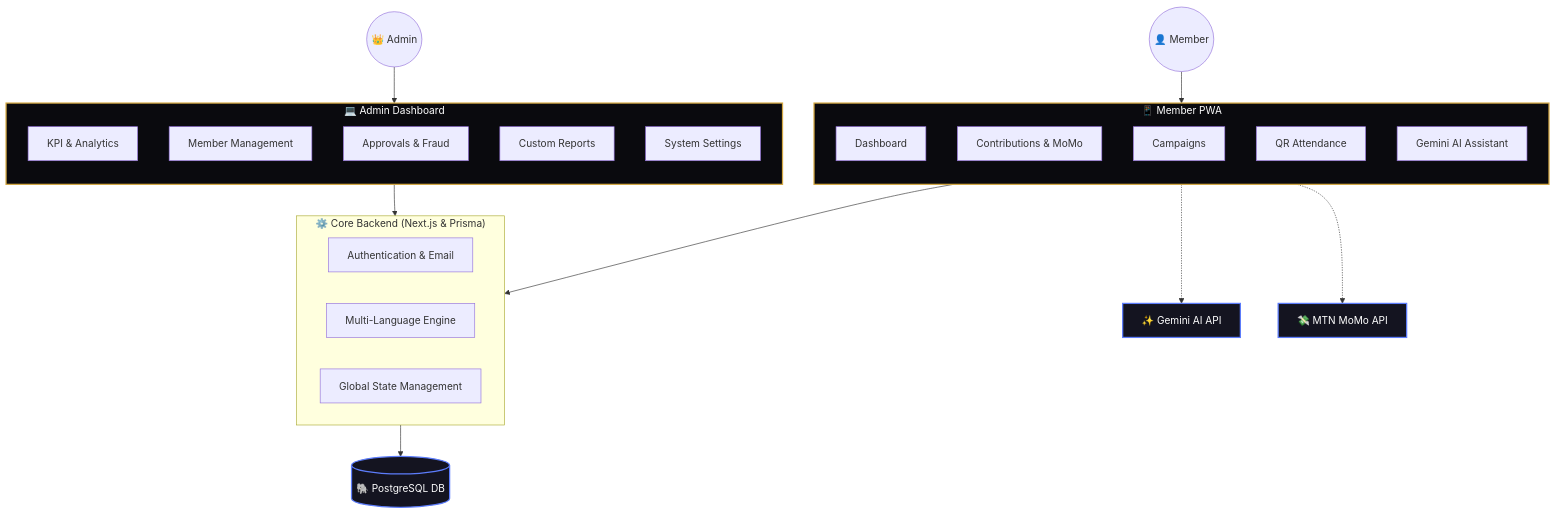
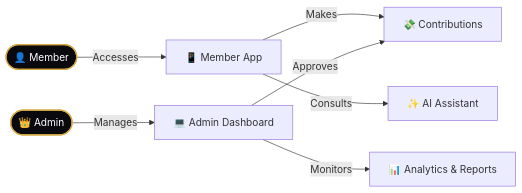
The diagram in README.md (iiradukunda-dev/shinecon), drawn with Mermaid before and after one commit.

Commit message:
docs: use a simple linear flow diagram instead of block architecture

````diff
--- a/README.md
+++ b/README.md
@@ -53,53 +53,16 @@
 ```mermaid
-flowchart TD
-    %% Users
-    Admin(("👑 Admin"))
-    Member(("👤 Member"))
+flowchart LR
+    %% User Journey
+    Member([👤 Member]) -->|Accesses| App[📱 Member App]
+    App -->|Makes| Contrib[💸 Contributions]
+    App -->|Consults| AI[✨ AI Assistant]
     
-    %% Platforms
-    subgraph PWA ["📱 Member PWA"]
-        direction TB
-        M_Dash["Dashboard"]
-        M_Cont["Contributions & MoMo"]
-        M_Camp["Campaigns"]
-        M_Att["QR Attendance"]
-        M_AI["Gemini AI Assistant"]
-    end
+    %% Admin Journey
+    Admin([👑 Admin]) -->|Manages| Dash[💻 Admin Dashboard]
+    Dash -->|Approves| Contrib
+    Dash -->|Monitors| Analytics[📊 Analytics & Reports]
     
-    subgraph AdminDB ["💻 Admin Dashboard"]
-        direction TB
-        A_Dash["KPI & Analytics"]
-        A_Mem["Member Management"]
-        A_App["Approvals & Fraud"]
-        A_Rep["Custom Reports"]
-        A_Set["System Settings"]
-    end
-    
-    %% Backend
-    subgraph Core ["⚙️ Core Backend (Next.js & Prisma)"]
-        Auth["Authentication & Email"]
-        i18n["Multi-Language Engine"]
-        Context["Global State Management"]
-    end
-    
-    %% External
-    DB[("🐘 PostgreSQL DB")]
-    Gemini["✨ Gemini AI API"]
-    MoMo["💸 MTN MoMo API"]
-    
-    %% Connections
-    Member --> PWA
-    Admin --> AdminDB
-    
-    PWA --> Core
-    AdminDB --> Core
-    
-    Core --> DB
-    M_AI -.-> Gemini
-    M_Cont -.-> MoMo
-    
-    classDef platform fill:#0a0a0e,stroke:#d4a843,stroke-width:2px,color:#fff;
-    classDef external fill:#141420,stroke:#5c7cfa,stroke-width:2px,color:#fff;
-    class PWA,AdminDB platform;
-    class DB,Gemini,MoMo external;
+    %% Styling
+    style Member fill:#0a0a0e,stroke:#d4a843,stroke-width:2px,color:#fff
+    style Admin fill:#0a0a0e,stroke:#d4a843,stroke-width:2px,color:#fff
 ```
````
